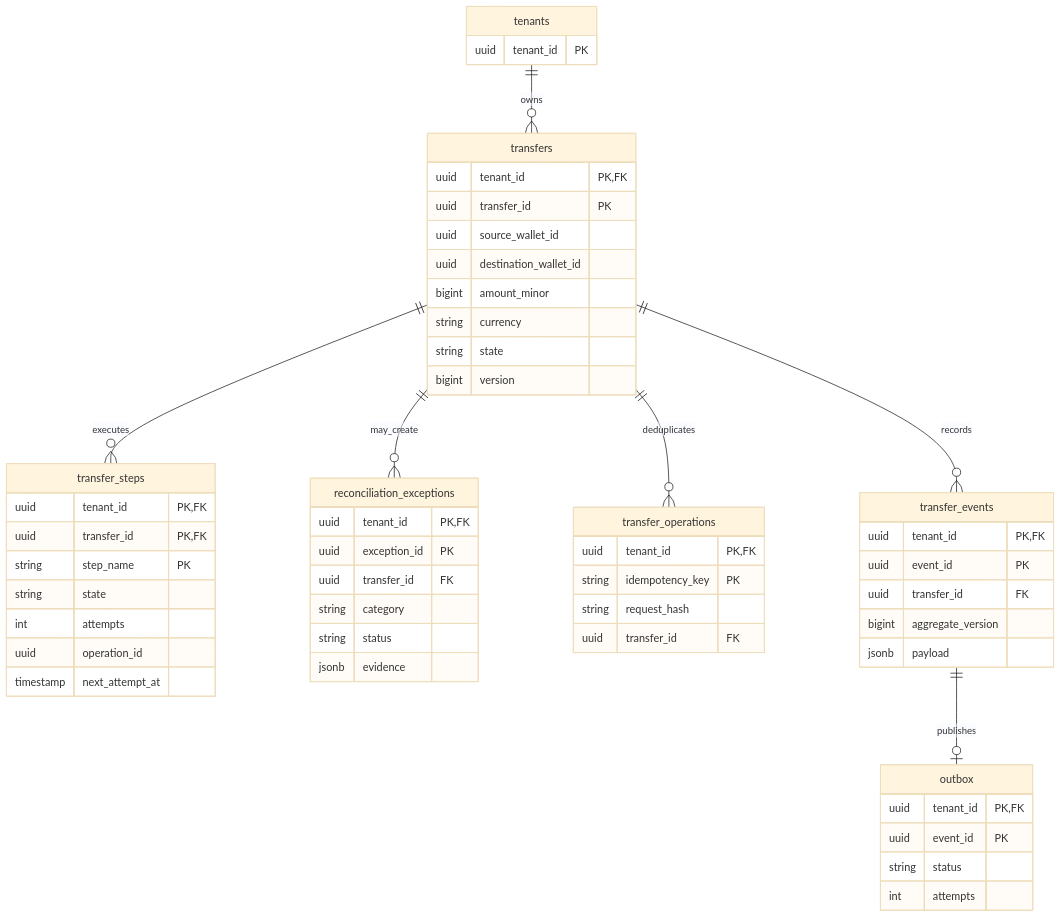
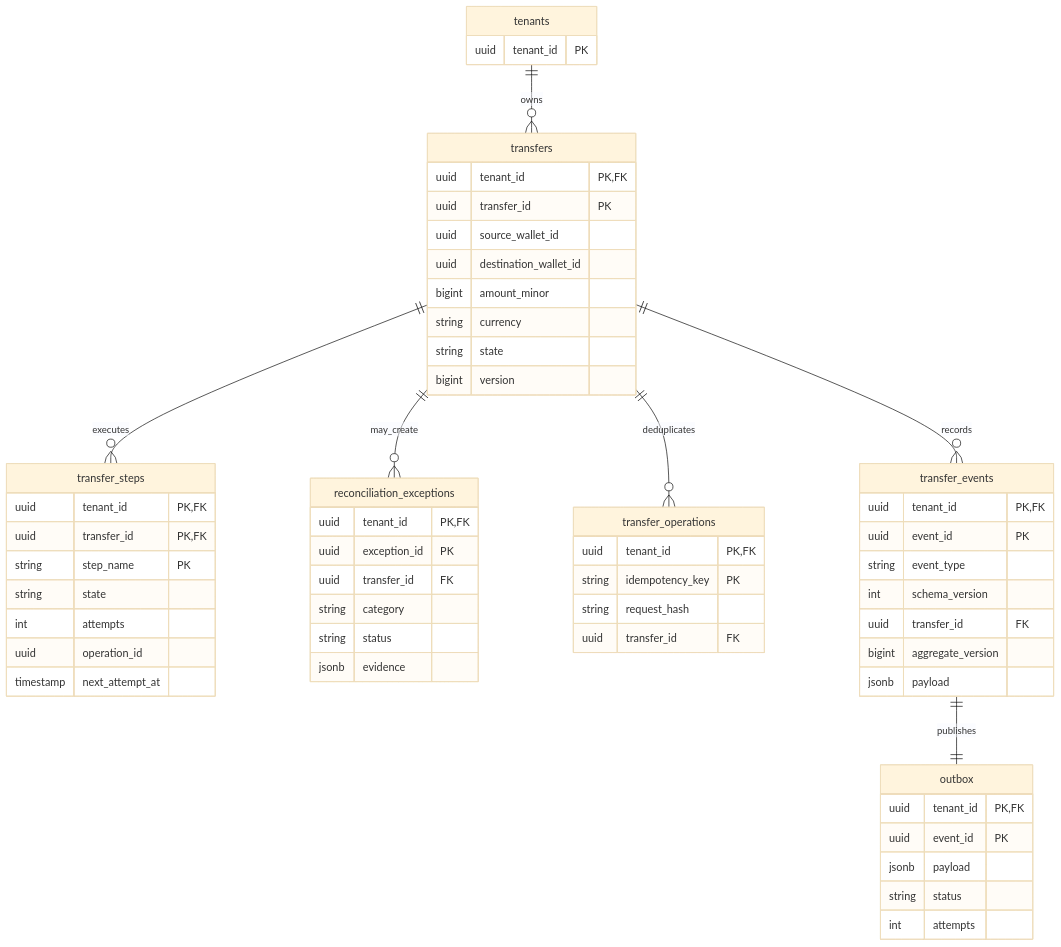
Before and after one commit to prajexec/Wallet: the second of 3 diagrams in docs/data-model.md, drawn with Mermaid (base theme). The commit also changed other lines of this file and 7 other files, not shown here.

````diff
--- a/docs/data-model.md
+++ b/docs/data-model.md
@@ -86,59 +88,62 @@
 ```mermaid
 erDiagram
     tenants ||--o{ transfers : owns
     transfers ||--o{ transfer_steps : executes
     transfers ||--o{ reconciliation_exceptions : may_create
     transfers ||--o{ transfer_operations : deduplicates
     transfers ||--o{ transfer_events : records
-    transfer_events ||--o| outbox : publishes
+    transfer_events ||--|| outbox : publishes
 
     tenants {
         uuid tenant_id PK
     }
     transfers {
         uuid tenant_id PK,FK
         uuid transfer_id PK
         uuid source_wallet_id
         uuid destination_wallet_id
         bigint amount_minor
         string currency
         string state
         bigint version
     }
     transfer_steps {
         uuid tenant_id PK,FK
         uuid transfer_id PK,FK
         string step_name PK
         string state
         int attempts
         uuid operation_id
         timestamp next_attempt_at
     }
     transfer_operations {
         uuid tenant_id PK,FK
         string idempotency_key PK
         string request_hash
         uuid transfer_id FK
     }
     transfer_events {
         uuid tenant_id PK,FK
         uuid event_id PK
+        string event_type
+        int schema_version
         uuid transfer_id FK
         bigint aggregate_version
         jsonb payload
     }
     outbox {
         uuid tenant_id PK,FK
         uuid event_id PK
+        jsonb payload
         string status
         int attempts
     }
     reconciliation_exceptions {
         uuid tenant_id PK,FK
         uuid exception_id PK
         uuid transfer_id FK
         string category
         string status
         jsonb evidence
     }
 ```
````
